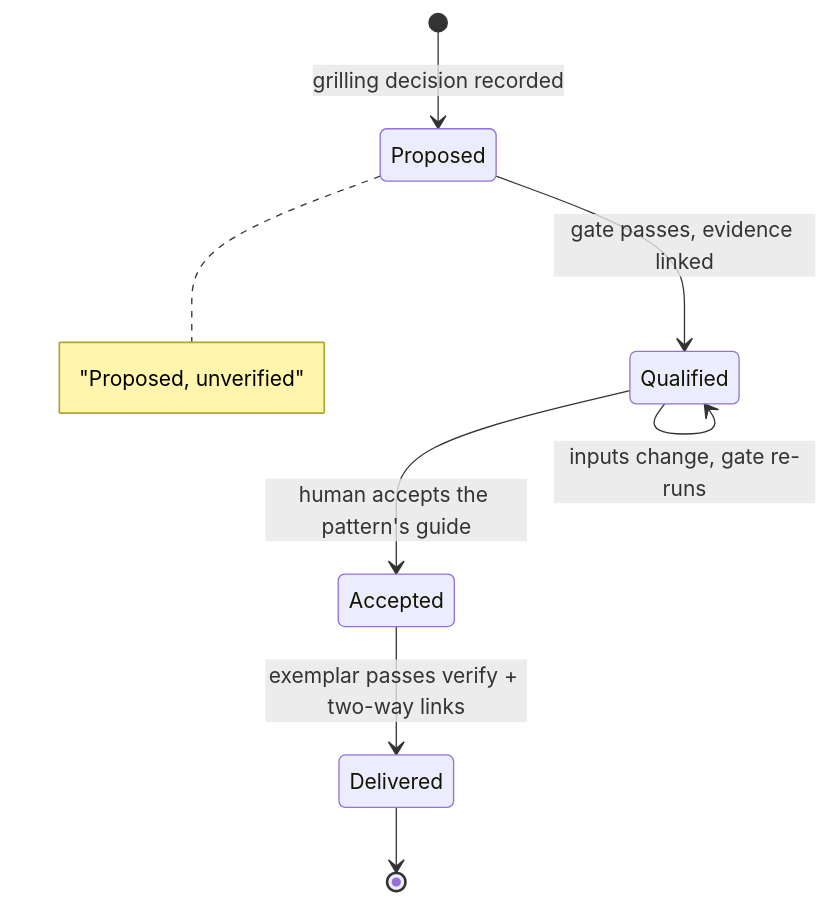
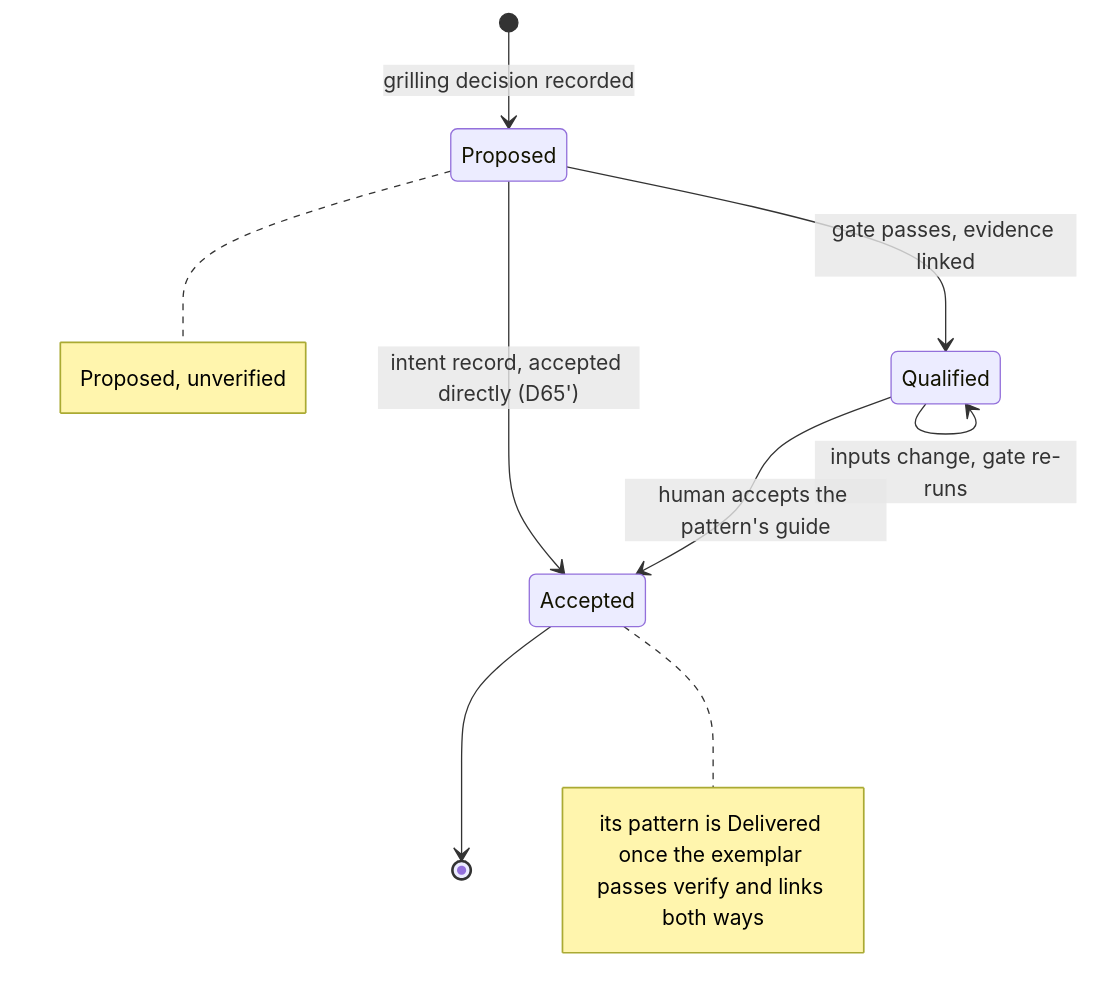
Before and after one commit to pietgk/viviefs: the second of 3 diagrams in apps/docs/src/content/docs/index.mdx, drawn with Mermaid. The commit also changed other lines of this file and 3 other files, not shown here.

First line of the commit message:
Diagram labels in our own words: an ADR's design goes to the exemplar, a gate proves one claim, metadata.guides, Delivered is a pattern's.

````diff
--- a/apps/docs/src/content/docs/index.mdx
+++ b/apps/docs/src/content/docs/index.mdx
@@ -82,10 +82,11 @@
 ```mermaid
 stateDiagram-v2
   [*] --> Proposed: grilling decision recorded
   Proposed --> Qualified: gate passes, evidence linked
   Qualified --> Qualified: inputs change, gate re-runs
   Qualified --> Accepted: human accepts the pattern's guide
-  Accepted --> Delivered: exemplar passes verify + two-way links
-  Delivered --> [*]
-  note right of Proposed: "Proposed, unverified"
+  Proposed --> Accepted: intent record, accepted directly (D65')
+  Accepted --> [*]
+  note right of Proposed: Proposed, unverified
+  note right of Accepted: its pattern is Delivered once the exemplar passes verify and links both ways
 ```
````
